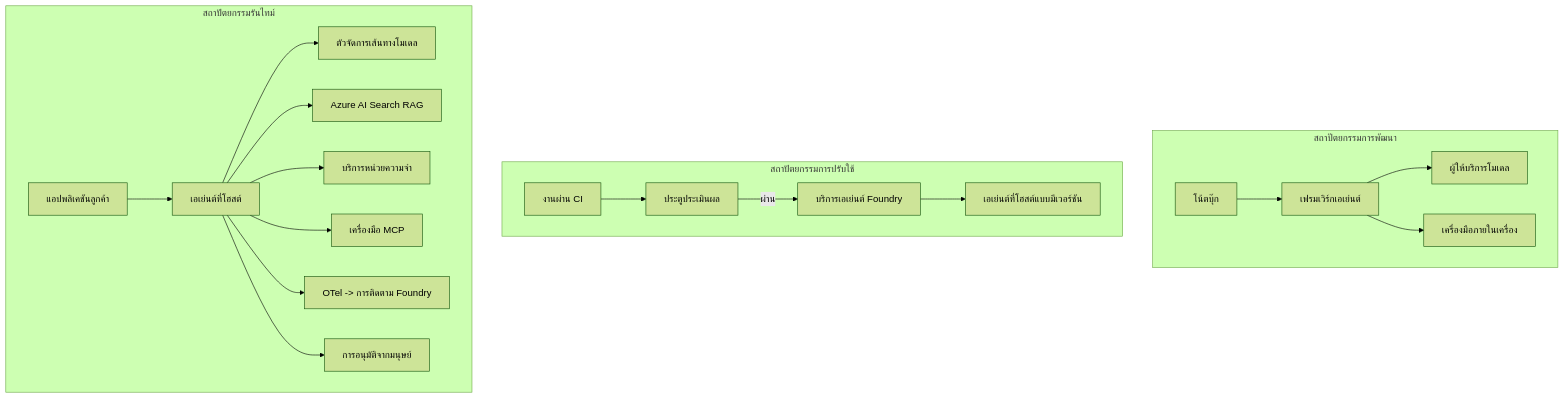
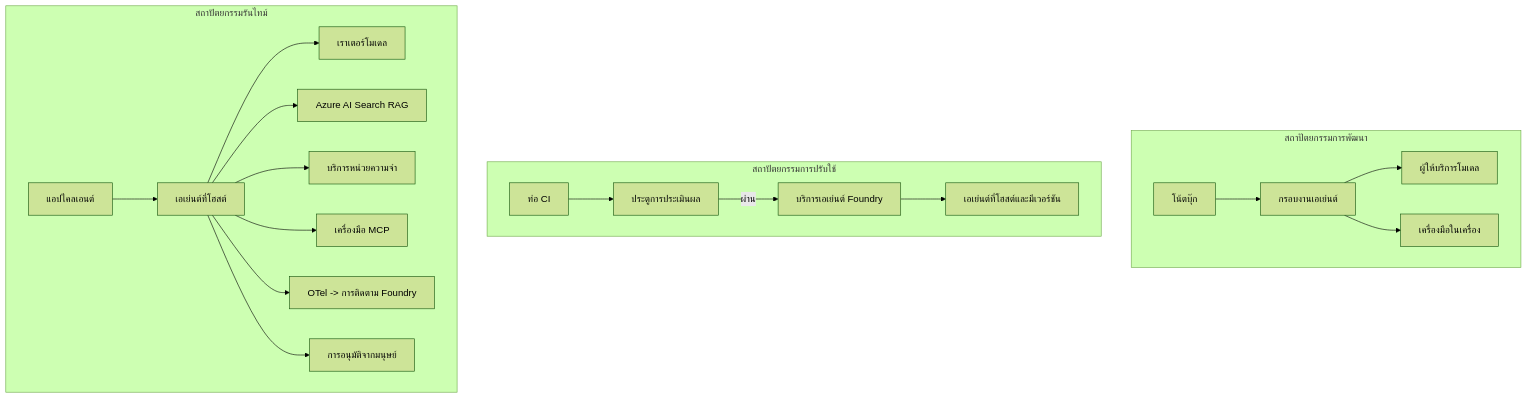
Before and after one commit to gabrielmoreira/agent-skills-mirror: the fourth of 4 diagrams in mirrors/repos/microsoft@ai-agents-for-beginners/translations/th/16-deploying-scalable-agents/README.md, drawn with Mermaid (forest theme). The commit also changed other lines of this file and 4262 other files, not shown here.

````diff
--- a/mirrors/repos/microsoft@ai-agents-for-beginners/translations/th/16-deploying-scalable-agents/README.md
+++ b/mirrors/repos/microsoft@ai-agents-for-beginners/translations/th/16-deploying-scalable-agents/README.md
@@ -185,22 +185,22 @@
 ```mermaid
 flowchart TB
     subgraph Dev[สถาปัตยกรรมการพัฒนา]
-        D1[โน้ตบุ๊ก] --> D2[เฟรมเวิร์กเอเย่นต์]
+        D1[โน้ตบุ๊ก] --> D2[กรอบงานเอเย่นต์]
         D2 --> D3[ผู้ให้บริการโมเดล]
-        D2 --> D4[เครื่องมือภายในเครื่อง]
+        D2 --> D4[เครื่องมือในเครื่อง]
     end
     subgraph Deploy[สถาปัตยกรรมการปรับใช้]
-        E1[งานผ่าน CI] --> E2[ประตูประเมินผล]
+        E1[ท่อ CI] --> E2[ประตูการประเมินผล]
         E2 -->|ผ่าน| E3[บริการเอเย่นต์ Foundry]
-        E3 --> E4[เอเย่นต์ที่โฮสต์แบบมีเวอร์ชัน]
+        E3 --> E4[เอเย่นต์ที่โฮสต์และมีเวอร์ชัน]
     end
     subgraph Run[สถาปัตยกรรมรันไทม์]
-        F1[แอปพลิเคชันลูกค้า] --> F2[เอเย่นต์ที่โฮสต์]
-        F2 --> F3[ตัวจัดการเส้นทางโมเดล]
+        F1[แอปไคลเอนต์] --> F2[เอเย่นต์ที่โฮสต์]
+        F2 --> F3[เราเตอร์โมเดล]
         F2 --> F4[Azure AI Search RAG]
         F2 --> F5[บริการหน่วยความจำ]
         F2 --> F6[เครื่องมือ MCP]
         F2 --> F7[OTel -> การติดตาม Foundry]
         F2 --> F8[การอนุมัติจากมนุษย์]
     end
 ```
````
